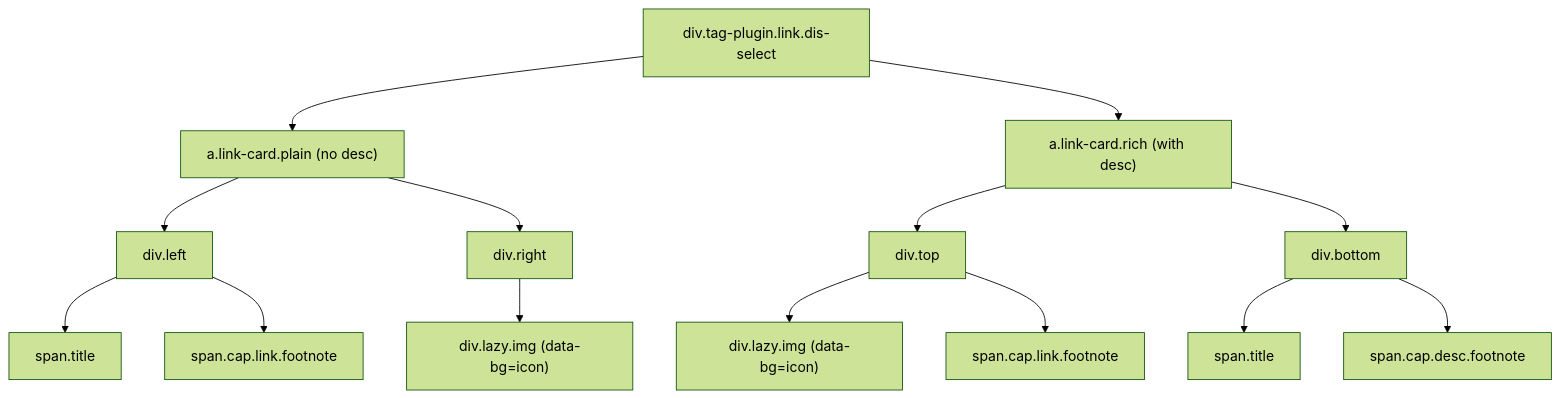
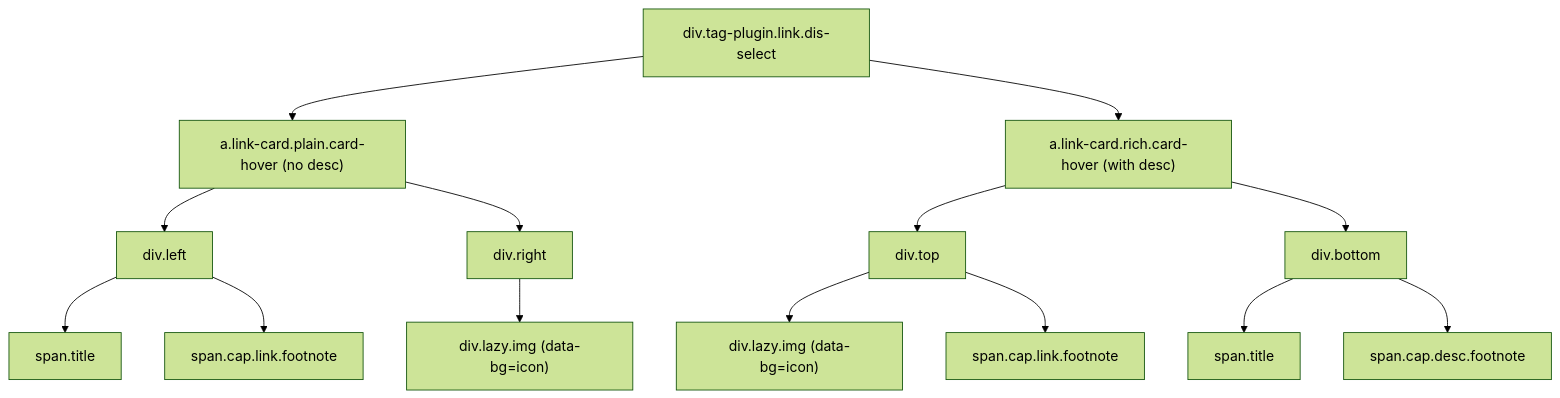
Before and after one commit to penndu/hexo: the second of 5 diagrams in themes/stellar/docs/knowledge/04-标签插件/link-grid-banner-tags.md, drawn with Mermaid (forest theme). The commit also changed other lines of this file and 62 other files, not shown here.

````diff
--- a/themes/stellar/docs/knowledge/04-标签插件/link-grid-banner-tags.md
+++ b/themes/stellar/docs/knowledge/04-标签插件/link-grid-banner-tags.md
@@ -91,19 +91,19 @@
 ```mermaid
 graph TD
   root["div.tag-plugin.link.dis-select"]
-  root --> a_plain["a.link-card.plain (no desc)"]
-  root --> a_rich["a.link-card.rich (with desc)"]
+  root --> a_plain["a.link-card.plain.card-hover (no desc)"]
+  root --> a_rich["a.link-card.rich.card-hover (with desc)"]
 
   a_plain --> left["div.left"]
   a_plain --> right["div.right"]
   left --> title_plain["span.title"]
   left --> link_cap_plain["span.cap.link.footnote"]
   right --> icon_plain["div.lazy.img (data-bg=icon)"]
 
   a_rich --> top["div.top"]
   a_rich --> bottom["div.bottom"]
   top --> icon_rich["div.lazy.img (data-bg=icon)"]
   top --> link_cap_rich["span.cap.link.footnote"]
   bottom --> title_rich["span.title"]
   bottom --> desc_cap["span.cap.desc.footnote"]
 ```
````
